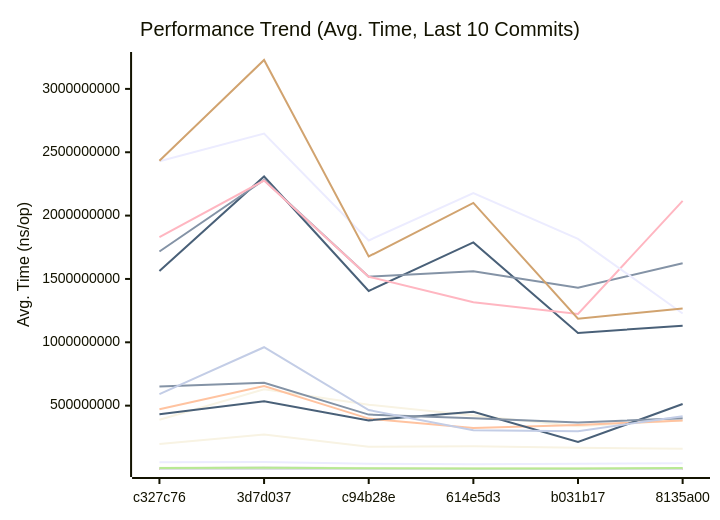
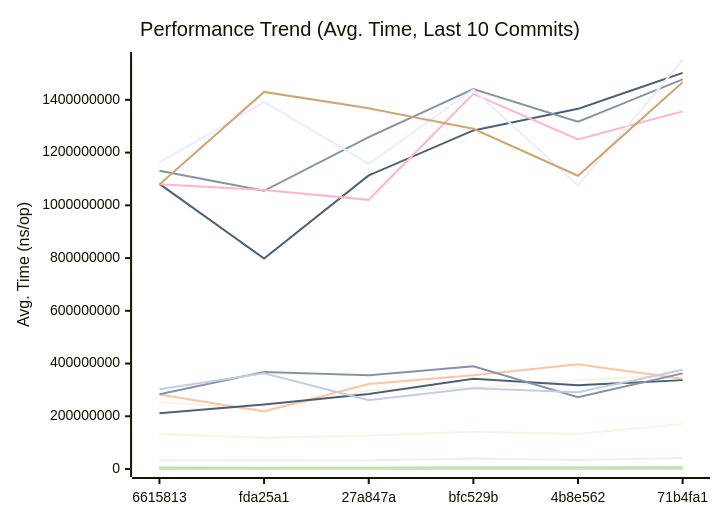
The first of 3 diagrams in docs/PERFORMANCE.md (alsotoes/momo), drawn with Mermaid before and after one commit. The commit also changed other lines of this file and 190 other files, not shown here.

````diff
--- a/docs/PERFORMANCE.md
+++ b/docs/PERFORMANCE.md
@@ -260,44 +260,44 @@
 ```mermaid
 xychart-beta
     title "Performance Trend (Avg. Time, Last 10 Commits)"
     x-axis "Commit"
     y-axis "Avg. Time (ns/op)"
-    x-axis [c327c76,3d7d037,c94b28e,614e5d3,b031b17,8135a00]
-    line "AWSChunkedReaderSigned" [973548,1455699,680259,833482,953309,627888,785988,1067684,922629,835570]
-    line "AWSChunkedReaderUnsigned" [1054695,1128789,889133,730853,858757,790951,977586,1009938,957235,977699]
-    line "CheckMetricsAndSwap" [19,38,17,10,13,15,17,19,19,15]
-    line "CrushOptimized" [643,1042,685,798,468,532,465,1105,686,634]
-    line "CrushOriginal" [1307,2029,855,1268,698,834,795,4070,916,1020]
-    line "FormatListObjectsV2XML_AppendFormat" [1630321,4600271,1782191,1061116,1008647,1406590,1275364,2945065,1883129,1270213]
-    line "FormatListObjectsV2XML_OldFormat" [888288,1357791,907084,473930,533866,813796,870950,1231705,951687,744615]
-    line "HashBytes/1MiB" [6664907,7640824,5383828,7555000,5598473,4921734,5879995,7762528,6632796,6072494]
-    line "HashBytes/256MiB" [1563281181,2308810918,1405443275,1788061102,1074265335,1131266592,1293022873,1911922639,1864794800,1600838236]
-    line "HashBytes/64MiB" [389285110,629622654,507641214,422715939,338237103,382860244,372987075,500199690,515415655,464721050]
-    line "HashFile/1MiB" [7078150,8690518,5618671,6533318,4172609,6261739,5169082,7925836,7984742,6072545]
-    line "HashFile/256MiB" [1716532942,2281655194,1518211227,1560936348,1431277931,1624300639,1432425639,2277372507,1808278202,1557151244]
-    line "HashFile/64MiB" [471436906,655531538,397822488,323633746,347435470,383484634,407202955,631755332,456982643,336180629]
-    line "IndexDirectTracking" [1,1,1,1,1,1,1,1,1,1]
-    line "IndexSearch" [4,5,5,4,4,4,5,5,5,4]
-    line "LastModifiedHeader_AppendFormat" [638,744,453,385,315,376,542,692,554,477]
-    line "LastModifiedHeader_Format" [695,1046,635,526,444,488,574,945,740,531]
-    line "LoadGlobalConfig" [22438,33068,21404,21459,15616,14400,18548,33096,27395,21243]
-    line "LocalWrite/1MiB" [1395534,1103659,782921,673496,973167,928144,1116026,1101952,948941,944282]
-    line "LocalWrite/256MiB" [197917420,272351029,175219427,179514948,167743774,160436947,185677716,237694458,201951766,186460606]
-    line "LocalWrite/64MiB" [52341255,56218123,42014368,37648886,40720206,46095057,61144515,51244002,47739884,44142497]
-    line "PadString" [165,205,86,67,85,80,88,254,130,105]
+    x-axis [6615813,fda25a1,27a847a,bfc529b,4b8e562,71b4fa1]
+    line "AWSChunkedReaderSigned" [622918,512707,501241,721946,582789,741042,596016,541759,554800,615254]
+    line "AWSChunkedReaderUnsigned" [616129,457742,556893,695362,580668,721611,624951,521049,581740,507516]
+    line "CheckMetricsAndSwap" [14,10,10,14,9,14,13,11,12,11]
+    line "CrushOptimized" [463,354,433,532,484,492,487,522,363,426]
+    line "CrushOriginal" [642,502,597,715,641,734,697,658,647,700]
+    line "FormatListObjectsV2XML_AppendFormat" [900618,648718,775274,1080271,993577,1117129,928365,977381,898486,862695]
+    line "FormatListObjectsV2XML_OldFormat" [498654,406141,479265,671030,530555,661534,521514,565611,503389,497195]
+    line "HashBytes/1MiB" [4520322,3555390,4784039,3995457,4596495,5621676,4965423,4315588,3618889,5475294]
+    line "HashBytes/256MiB" [1081431052,798133130,1113482493,1284091050,1365990323,1502178110,1211052717,1048575116,1201286487,897333718]
+    line "HashBytes/64MiB" [254442334,225124511,298951068,308162718,336895373,359262045,339981640,213869807,301162837,301221390]
+    line "HashFile/1MiB" [4836717,3959247,3915050,5430358,4960660,5725417,5039192,3960989,4760647,3647035]
+    line "HashFile/256MiB" [1130963414,1055197690,1258679744,1441073207,1316970291,1477907273,1193078064,1177833636,1006415705,1110450496]
+    line "HashFile/64MiB" [282645449,218474314,322488540,355303054,397283922,342325433,356293580,288277413,240359009,275852870]
+    line "IndexDirectTracking" [1,0,1,1,1,1,0,0,0,0]
+    line "IndexSearch" [2,2,2,3,2,3,2,2,2,2]
+    line "LastModifiedHeader_AppendFormat" [0,0,0,0,273,377,411,306,291,280]
+    line "LastModifiedHeader_Format" [0,0,0,0,359,474,418,381,345,360]
+    line "LoadGlobalConfig" [11283,9939,13465,16787,14343,16534,15639,12955,12190,11396]
+    line "LocalWrite/1MiB" [575526,474416,479322,627788,515217,653242,620492,558337,524282,489792]
+    line "LocalWrite/256MiB" [132539343,118094125,126110483,141240477,133129249,171131397,136595670,121311016,122106179,129421555]
+    line "LocalWrite/64MiB" [33235605,33404598,32661319,39561620,34587683,41271450,35901035,33613673,28590856,29289820]
+    line "PadString" [63,47,69,97,85,78,64,59,66,60]
     line "ParseReplicationOrder_NoPrealloc" [350,349,357,354,345,225,229,165,232,234]
     line "ParseReplicationOrder_Prealloc" [229,231,237,234,229,108,107,80,110,109]
-    line "Placement" [10527,25580,11321,10377,7200,8789,8100,27755,9688,11354]
-    line "PlacementDomainSpread" [11049,18437,11792,9468,8229,9655,8934,18491,11295,11204]
-    line "ReadVerify/1MiB" [6689386,12183182,5670392,7713170,4757418,5869903,8481402,7559053,7811454,5644733]
-    line "ReadVerify/256MiB" [1830120119,2276631953,1517577657,1316685724,1223335569,2116170500,1781612989,2200381287,1884111924,1695229855]
-    line "ReadVerify/64MiB" [432795151,533889680,383828668,451931212,213251291,512922822,518387680,545034562,507474576,384974247]
-    line "S3PutSpool/1MiB" [9491833,12330195,7822144,8408058,8591213,6157166,6498512,9327955,8640777,6831278]
-    line "S3PutSpool/256MiB" [2428268969,2647654672,1803968295,2177507350,1816522977,1227464198,1869122530,2351294741,2169231306,1809657163]
-    line "S3PutSpool/64MiB" [651666227,681227498,429216770,399626051,367182715,399702230,433842837,576056595,569773006,490049884]
-    line "SanitizeLog/Safe" [639,645,428,331,547,453,464,721,570,552]
-    line "SanitizeLog/Unsafe" [2105,3077,1405,1260,1471,1234,1310,2660,1976,1462]
-    line "TrustedRead/1MiB" [7463250,9671314,5650216,4830214,4254033,7751297,7357692,9625274,8251662,7395052]
-    line "TrustedRead/256MiB" [2433008029,3228071339,1677679418,2100324369,1186508654,1267006234,1480761171,2120164443,2079407950,1606816652]
-    line "TrustedRead/64MiB" [591536062,961059323,465018339,305338723,298647819,415837736,464687610,569925858,539820546,397487249]
+    line "Placement" [6648,4864,6529,7421,7230,7696,7054,7086,6141,6119]
+    line "PlacementDomainSpread" [6936,5246,8024,8867,7769,8677,7666,6917,6176,5740]
+    line "ReadVerify/1MiB" [4821081,3882918,3731377,5836051,3976066,5316396,4787467,3900770,3383659,5081549]
+    line "ReadVerify/256MiB" [1079520105,1058504265,1020754000,1422892660,1249941171,1356438969,1338425672,1103105249,1170100253,1034709963]
+    line "ReadVerify/64MiB" [211152290,244603172,284251269,341875566,317667291,337069645,347180139,259882135,240879749,282446554]
+    line "S3PutSpool/1MiB" [4971787,5964641,5931927,6588614,5572982,6149011,5304842,5592080,5587762,4022819]
+    line "S3PutSpool/256MiB" [1161989262,1392397511,1157791795,1438649885,1075603816,1551204244,1298058993,1269281522,1304442018,1243287804]
+    line "S3PutSpool/64MiB" [283817898,367879613,355148274,389689212,272526470,362667390,347153910,296132654,317372640,355710496]
+    line "SanitizeLog/Safe" [264,226,242,388,301,419,341,309,277,263]
+    line "SanitizeLog/Unsafe" [1013,768,930,1274,1021,1210,1000,1005,1021,917]
+    line "TrustedRead/1MiB" [4407789,4777459,4326085,5334409,5277115,5559663,5638483,4655498,3708543,3570428]
+    line "TrustedRead/256MiB" [1079106743,1430194708,1367894050,1290238092,1112381854,1466748131,1031346576,1173571296,1073394044,932638111]
+    line "TrustedRead/64MiB" [302381501,362734452,260957497,306360304,291068280,376225072,296255358,281349472,260468873,247394092]
 ```
````
